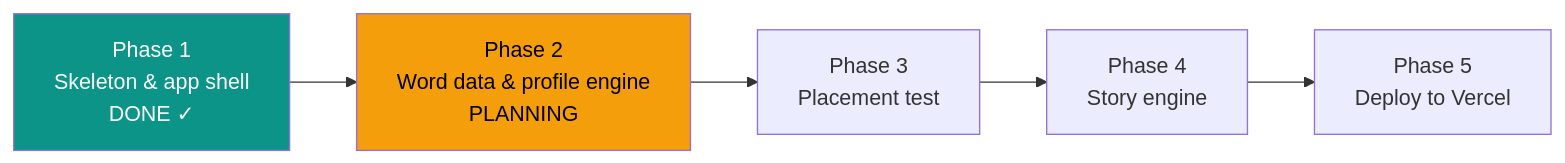
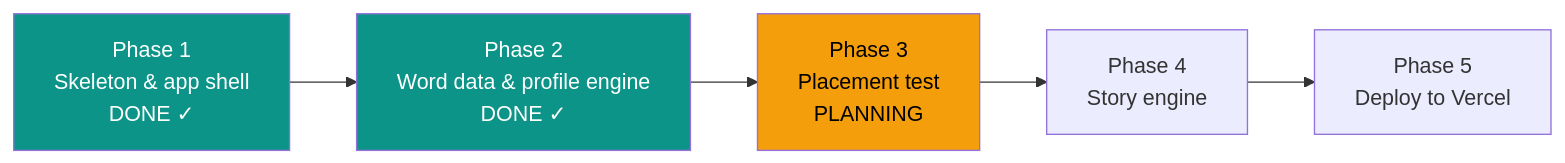
The diagram in .oplan/first-build/STATUS.md (dkreinov/magic-clinic-english), drawn with Mermaid before and after one commit. The commit also changed other lines of this file and 4 other files, not shown here.

````diff
--- a/.oplan/first-build/STATUS.md
+++ b/.oplan/first-build/STATUS.md
@@ -14,9 +14,10 @@
 ```mermaid
 flowchart LR
-    P1[Phase 1<br/>Skeleton & app shell<br/>DONE ✓] --> P2[Phase 2<br/>Word data & profile engine<br/>PLANNING]
-    P2 --> P3[Phase 3<br/>Placement test]
+    P1[Phase 1<br/>Skeleton & app shell<br/>DONE ✓] --> P2[Phase 2<br/>Word data & profile engine<br/>DONE ✓]
+    P2 --> P3[Phase 3<br/>Placement test<br/>PLANNING]
     P3 --> P4[Phase 4<br/>Story engine]
     P4 --> P5[Phase 5<br/>Deploy to Vercel]
     style P1 fill:#0d9488,color:#fff
-    style P2 fill:#f59e0b,color:#000
+    style P2 fill:#0d9488,color:#fff
+    style P3 fill:#f59e0b,color:#000
 ```
````
